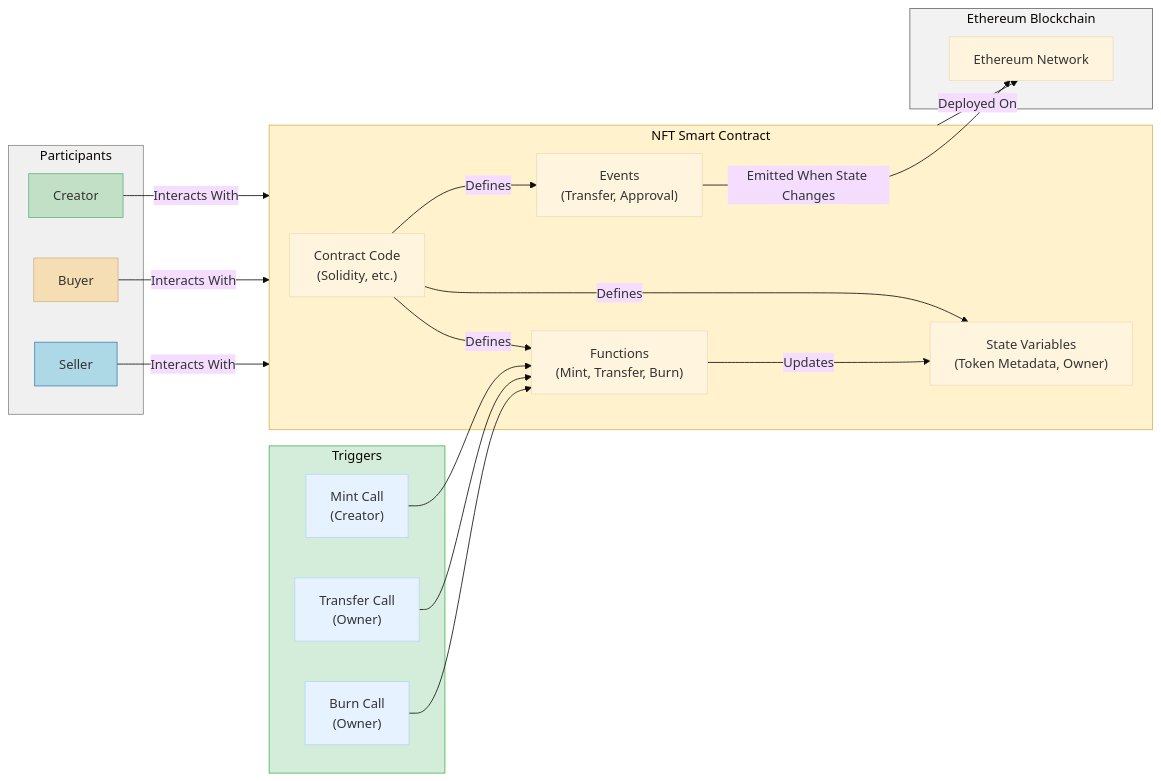
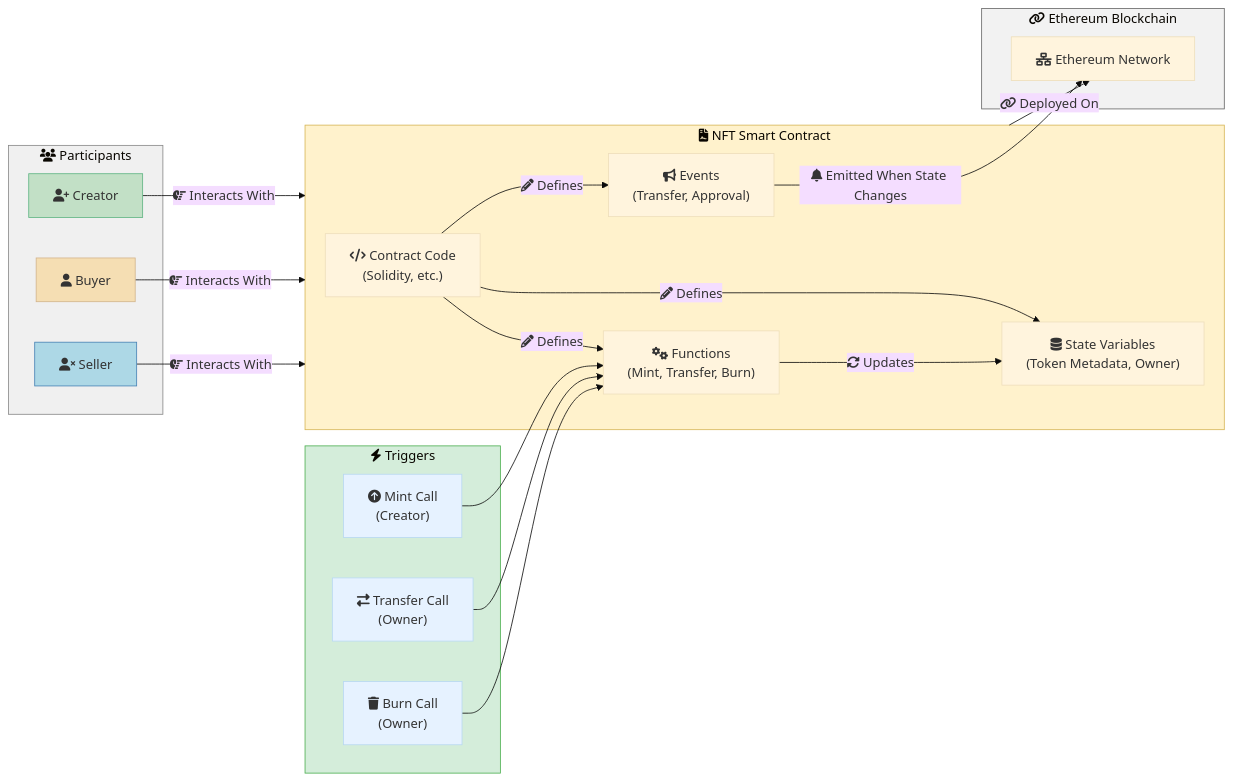
Diagram 13 of 22 in _posts/2024-07-06-blockchain-for-dummies.md (kelvin-bz/blog), drawn with Mermaid (base theme) before and after one commit. The commit also changed other lines of this file, not shown here.

````diff
--- a/_posts/2024-07-06-blockchain-for-dummies.md
+++ b/_posts/2024-07-06-blockchain-for-dummies.md
@@ -455,51 +466,52 @@
 ```mermaid
 graph LR
-    subgraph NFTSmartContract["NFT Smart Contract"]
+    subgraph NFTSmartContract["fa:fa-file-contract NFT Smart Contract"]
         style NFTSmartContract fill:#FFF2CC,stroke:#D6B656
-        ContractCode["Contract Code<br/>(Solidity, etc.)"]
-        StateVariables["State Variables<br/>(Token Metadata, Owner)"]
-        Functions["Functions<br/>(Mint, Transfer, Burn)"]
-        Events["Events<br/>(Transfer, Approval)"]
+        ContractCode["fa:fa-code Contract Code<br/>(Solidity, etc.)"]
+        StateVariables["fa:fa-database State Variables<br/>(Token Metadata, Owner)"]
+        Functions["fa:fa-cogs Functions<br/>(Mint, Transfer, Burn)"]
+        Events["fa:fa-bullhorn Events<br/>(Transfer, Approval)"]
     end
 
-    subgraph EthereumBlockchain["Ethereum Blockchain"]
+    subgraph EthereumBlockchain["fa:fa-link Ethereum Blockchain"]
         style EthereumBlockchain fill:#F2F2F2,stroke:#666666
-        BlockchainNetwork["Ethereum Network"]
+        BlockchainNetwork["fa:fa-network-wired Ethereum Network"]
     end
 
-    subgraph Participants["Participants"]
+    subgraph Participants["fa:fa-users Participants"]
         style Participants fill:#F0F0F0,stroke:#888888
-        Creator["Creator"]
+        Creator["fa:fa-user-plus Creator"]
         style Creator fill:#C2E0C6,stroke:#5FB483
-        Buyer["Buyer"]
+        Buyer["fa:fa-user Buyer"]
         style Buyer fill:#F5DEB3,stroke:#D2B48C
-        Seller["Seller"]
+        Seller["fa:fa-user-times Seller"]
         style Seller fill:#ADD8E6,stroke:#4682B4
     end
     
-    subgraph Trigger["Triggers"]
+    subgraph Trigger["fa:fa-bolt Triggers"]
         style Trigger fill:#D4EDDA,stroke:#4CAF50
-        MintCall["Mint Call<br/>(Creator)"]
+        MintCall["fa:fa-arrow-circle-up Mint Call<br/>(Creator)"]
         style MintCall fill:#E6F2FF,stroke:#B8D8F2
-        TransferCall["Transfer Call<br/>(Owner)"]
+        TransferCall["fa:fa-exchange-alt Transfer Call<br/>(Owner)"]
         style TransferCall fill:#E6F2FF,stroke:#B8D8F2
-        BurnCall["Burn Call<br/>(Owner)"]
+        BurnCall["fa:fa-trash Burn Call<br/>(Owner)"]
         style BurnCall fill:#E6F2FF,stroke:#B8D8F2
     end
 
-    Creator -- "Interacts With" --> NFTSmartContract
-    Buyer -- "Interacts With" --> NFTSmartContract
-    Seller -- "Interacts With" --> NFTSmartContract
+    Creator -- "fa:fa-hand-point-right Interacts With" --> NFTSmartContract
+    Buyer -- "fa:fa-hand-point-right Interacts With" --> NFTSmartContract
+    Seller -- "fa:fa-hand-point-right Interacts With" --> NFTSmartContract
 
-    NFTSmartContract -- "Deployed On" --> BlockchainNetwork
-    ContractCode -- "Defines" --> StateVariables
-    ContractCode -- "Defines" --> Functions
-    ContractCode -- "Defines" --> Events
-    Functions -- "Updates" --> StateVariables
-    Events -- "Emitted When State Changes" --> BlockchainNetwork
+    NFTSmartContract -- "fa:fa-link Deployed On" --> BlockchainNetwork
+    ContractCode -- "fa:fa-pencil-alt Defines" --> StateVariables
+    ContractCode -- "fa:fa-pencil-alt Defines" --> Functions
+    ContractCode -- "fa:fa-pencil-alt Defines" --> Events
+    Functions -- "fa:fa-sync-alt Updates" --> StateVariables
+    Events -- "fa:fa-bell Emitted When State Changes" --> BlockchainNetwork
 
     MintCall --> Functions
     TransferCall --> Functions
     BurnCall --> Functions
 
+
 ```
````
